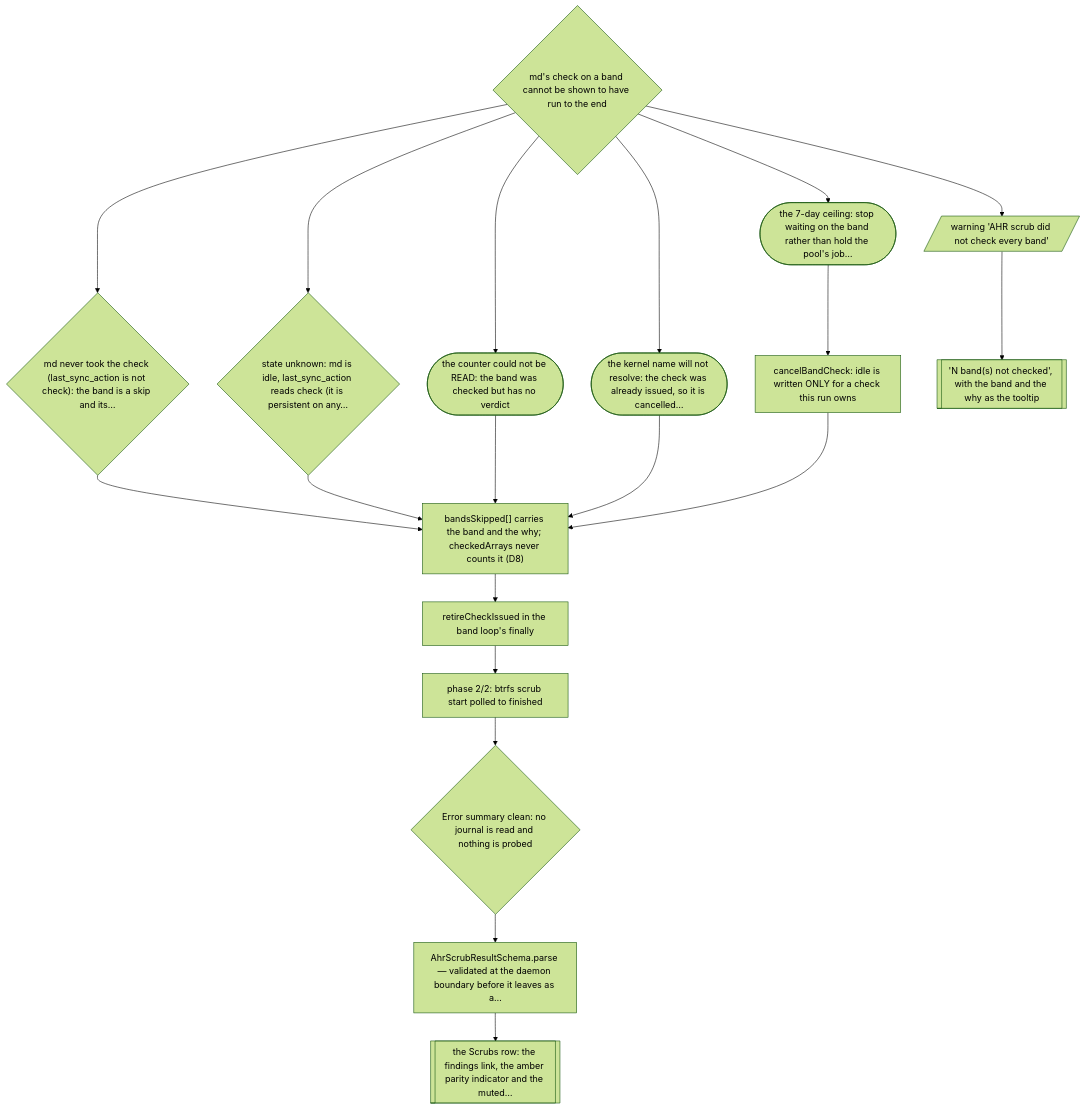
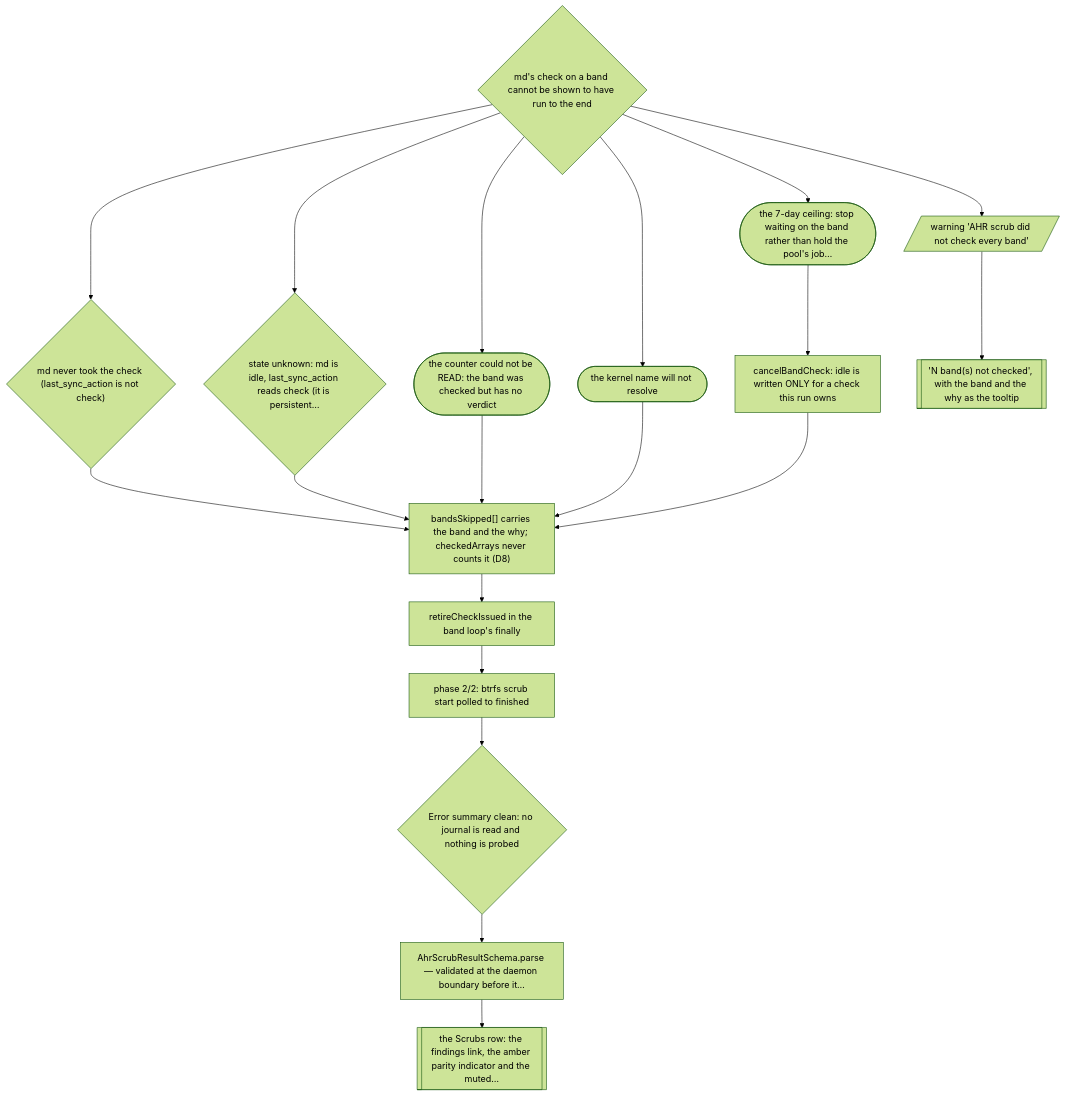
Diagram 17 of 24 in docs/AHR-SELF-HEAL-DECISION-TREE.md (devn-ch/anas), drawn with Mermaid (forest theme) before and after one commit. The commit also changed other lines of this file and 22 other files, not shown here.

````diff
--- a/docs/AHR-SELF-HEAL-DECISION-TREE.md
+++ b/docs/AHR-SELF-HEAL-DECISION-TREE.md
@@ -1471,36 +1577,36 @@
 ```mermaid
 flowchart TD
   X17{"md's check on a band cannot be shown to have run to the end"}
-  S11{"md never took the check (last_sync_action is not check): the band is a skip and its…"}
-  S13{"state unknown: md is idle, last_sync_action reads check (it is persistent on any…"}
+  S11{"md never took the check (last_sync_action is not check)"}
+  S13{"state unknown: md is idle, last_sync_action reads check (it is persistent…"}
   S16(["the 7-day ceiling: stop waiting on the band rather than hold the pool's job…"])
   S20n(["the counter could not be READ: the band was checked but has no verdict"])
   S63[/"warning 'AHR scrub did not check every band'"/]
-  S03(["the kernel name will not resolve: the check was already issued, so it is cancelled…"])
+  S03(["the kernel name will not resolve"])
   S30["bandsSkipped[] carries the band and the why; checkedArrays never counts it (D8)"]
   S18["cancelBandCheck: idle is written ONLY for a check this run owns"]
   U03[["'N band(s) not checked', with the band and the why as the tooltip"]]
   S31["retireCheckIssued in the band loop's finally"]
   S40["phase 2/2: btrfs scrub start polled to finished"]
   S42{"Error summary clean: no journal is read and nothing is probed"}
-  S60["AhrScrubResultSchema.parse — validated at the daemon boundary before it leaves as a…"]
+  S60["AhrScrubResultSchema.parse — validated at the daemon boundary before it…"]
   S64[["the Scrubs row: the findings link, the amber parity indicator and the muted…"]]
   X17 --> S11
   X17 --> S13
   X17 --> S16
   X17 --> S20n
   X17 --> S63
   X17 --> S03
   S11 --> S30
   S13 --> S30
   S16 --> S18
   S20n --> S30
   S63 --> U03
   S03 --> S30
   S30 --> S31
   S18 --> S30
   S31 --> S40
   S40 --> S42
   S42 --> S60
   S60 --> S64
 ```
````
